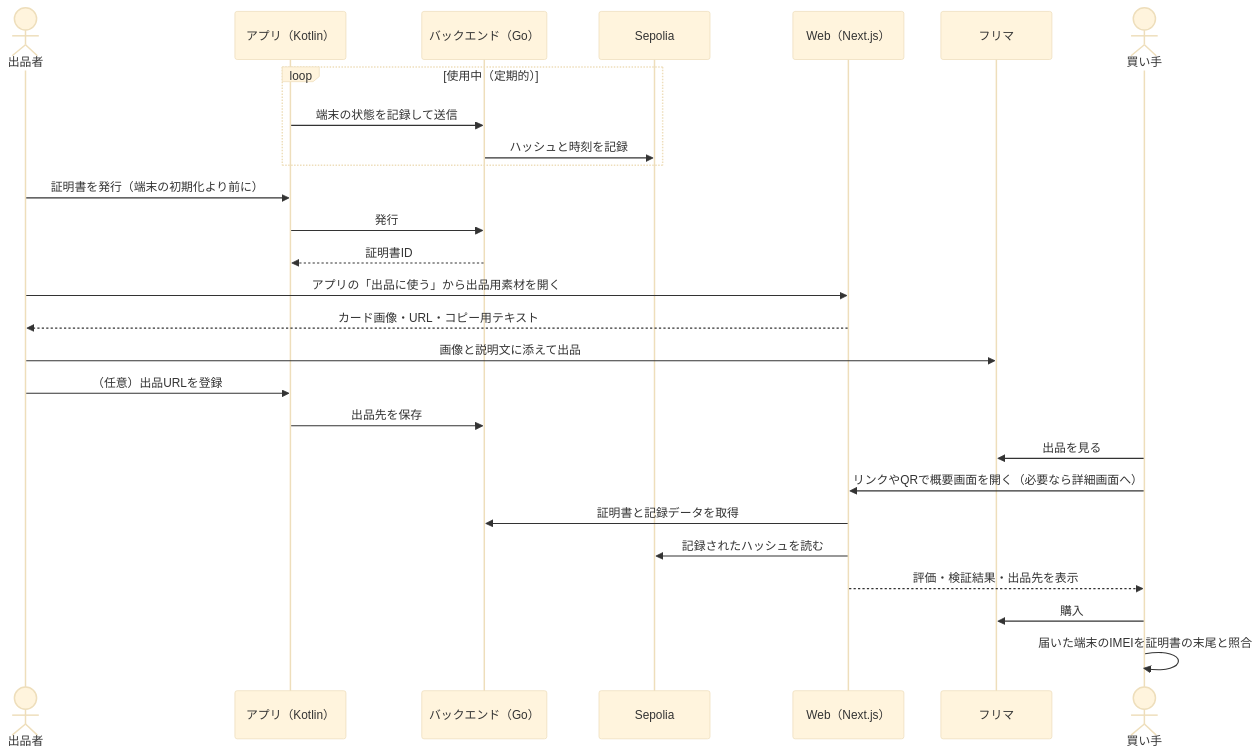
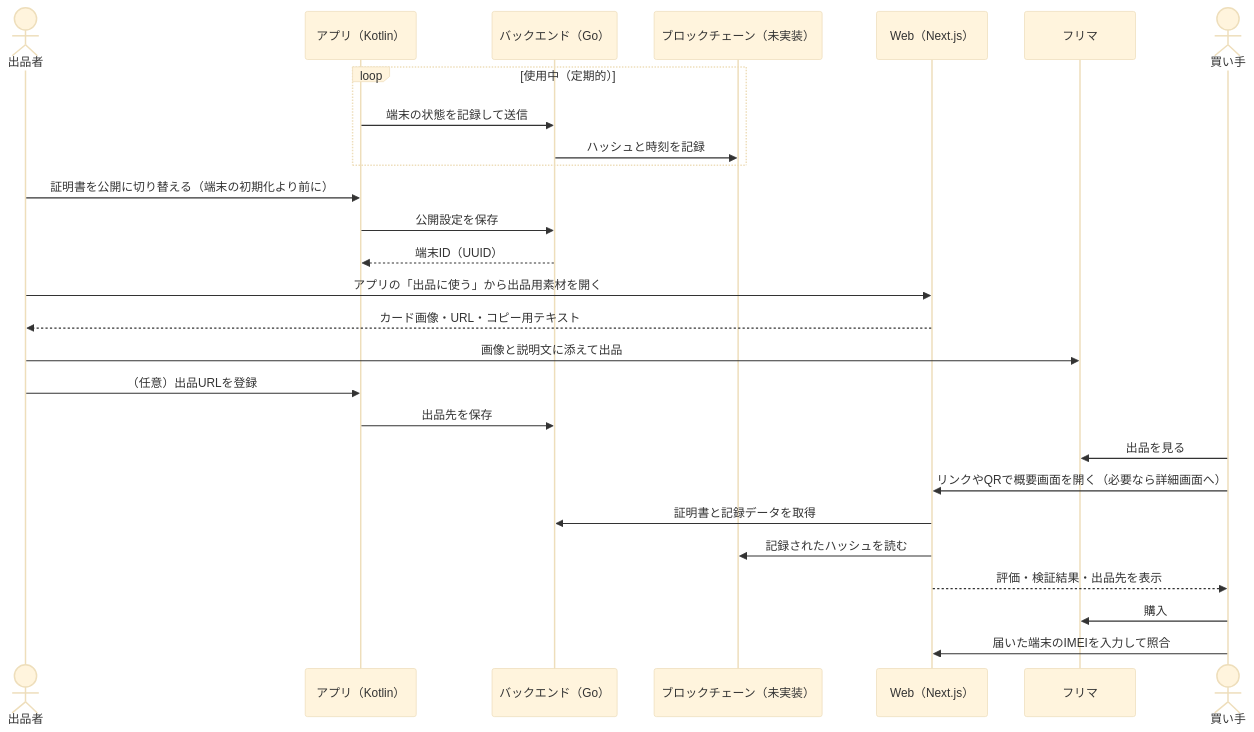
Before and after one commit to saku0875/smapass-web: the diagram in docs/workflow.md, drawn with Mermaid (base theme). The commit also changed other lines of this file and 65 other files, not shown here.

````diff
--- a/docs/workflow.md
+++ b/docs/workflow.md
@@ -7,30 +7,30 @@
 ```mermaid
 sequenceDiagram
     actor S as 出品者
     participant A as アプリ（Kotlin）
     participant G as バックエンド（Go）
-    participant C as Sepolia
+    participant C as ブロックチェーン（未実装）
     participant W as Web（Next.js）
     participant F as フリマ
     actor B as 買い手
 
     loop 使用中（定期的）
         A->>G: 端末の状態を記録して送信
         G->>C: ハッシュと時刻を記録
     end
-    S->>A: 証明書を発行（端末の初期化より前に）
-    A->>G: 発行
-    G-->>A: 証明書ID
+    S->>A: 証明書を公開に切り替える（端末の初期化より前に）
+    A->>G: 公開設定を保存
+    G-->>A: 端末ID（UUID）
     S->>W: アプリの「出品に使う」から出品用素材を開く
     W-->>S: カード画像・URL・コピー用テキスト
     S->>F: 画像と説明文に添えて出品
     S->>A: （任意）出品URLを登録
     A->>G: 出品先を保存
     B->>F: 出品を見る
     B->>W: リンクやQRで概要画面を開く（必要なら詳細画面へ）
     W->>G: 証明書と記録データを取得
     W->>C: 記録されたハッシュを読む
     W-->>B: 評価・検証結果・出品先を表示
     B->>F: 購入
-    B->>B: 届いた端末のIMEIを証明書の末尾と照合
+    B->>W: 届いた端末のIMEIを入力して照合
 ```
````
